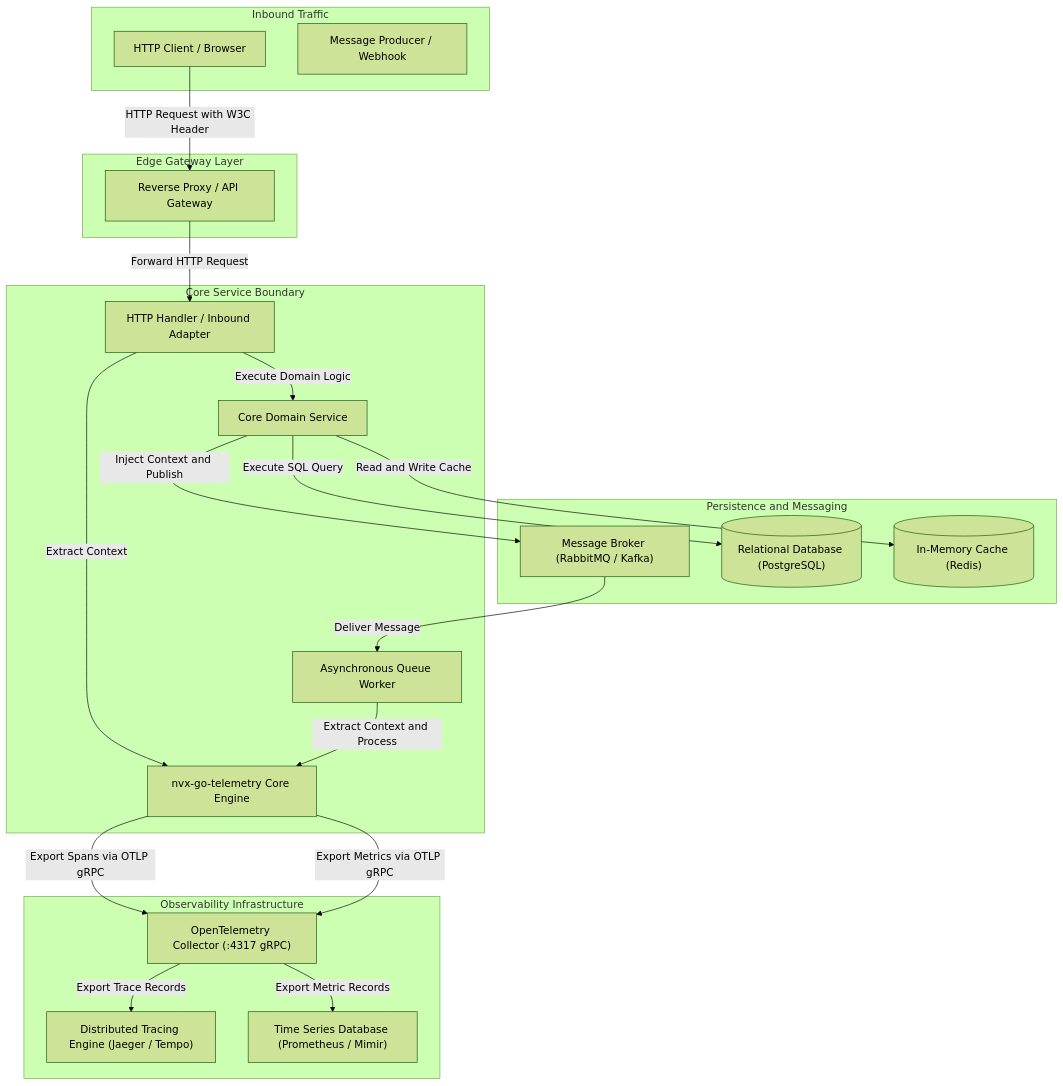
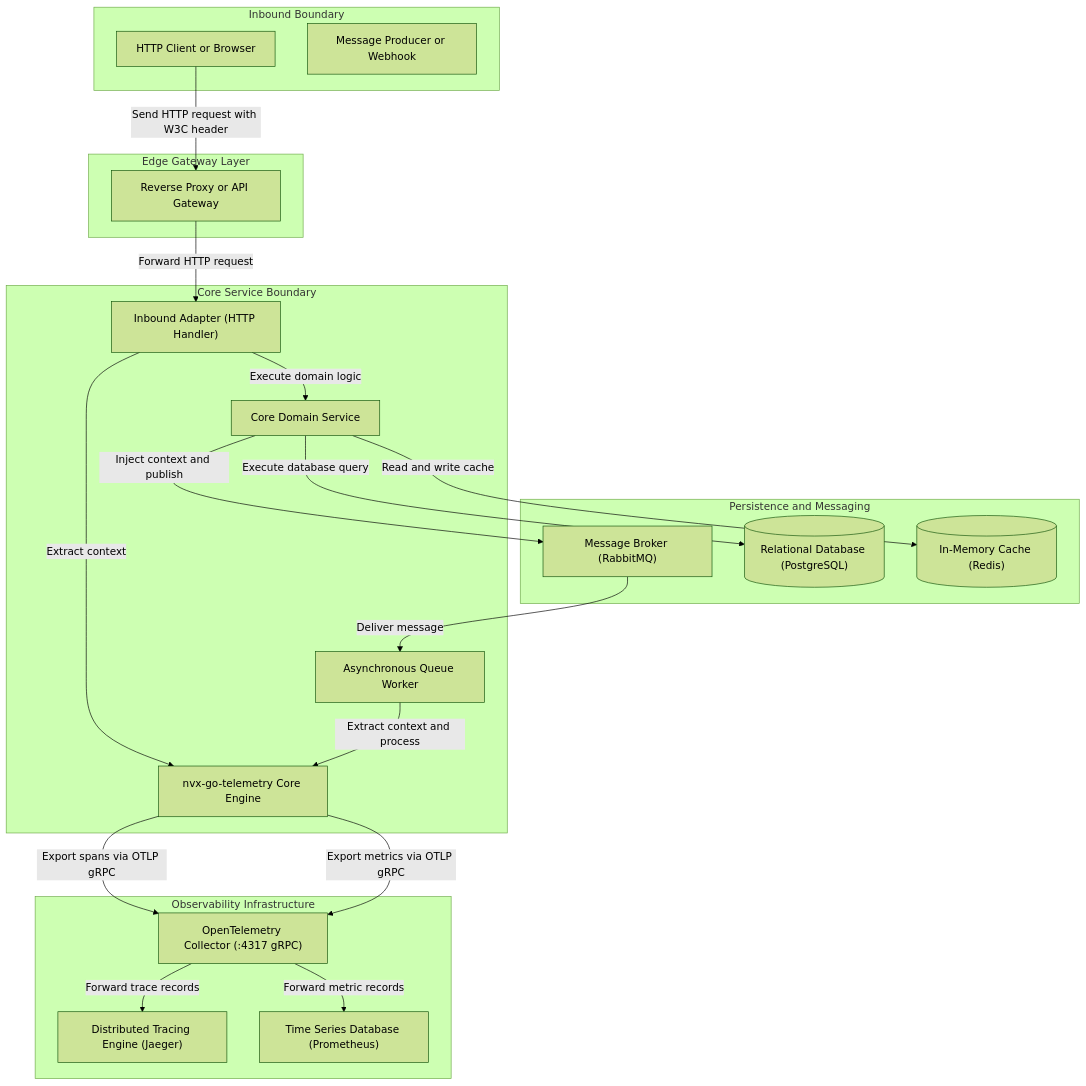
One commit to Jkenyut/nvx-go-telemetry changed the first of 4 diagrams in README.md. Above: the diagram before and after it, drawn with Mermaid (forest theme). The commit also changed other lines of this file and 14 other files, not shown here.

````diff
--- a/README.md
+++ b/README.md
@@ -18,45 +18,45 @@
 ```mermaid
 flowchart TD
-    subgraph InboundTraffic["Inbound Traffic"]
-        Client["HTTP Client / Browser"]
-        Producer["Message Producer / Webhook"]
+    subgraph INBOUND["Inbound Boundary"]
+        Client["HTTP Client or Browser"]
+        Producer["Message Producer or Webhook"]
     end
 
-    subgraph EdgeGateway["Edge Gateway Layer"]
-        Gateway["Reverse Proxy / API Gateway"]
+    subgraph EDGE["Edge Gateway Layer"]
+        Gateway["Reverse Proxy or API Gateway"]
     end
 
-    subgraph CoreServiceBoundary["Core Service Boundary"]
-        AppHandler["HTTP Handler / Inbound Adapter"]
+    subgraph CORE["Core Service Boundary"]
+        AppHandler["Inbound Adapter (HTTP Handler)"]
         TelemetryCore["nvx-go-telemetry Core Engine"]
         DomainService["Core Domain Service"]
         AsyncWorker["Asynchronous Queue Worker"]
     end
 
-    subgraph MessagingPersistence["Persistence and Messaging"]
-        Broker["Message Broker (RabbitMQ / Kafka)"]
+    subgraph STORAGE["Persistence and Messaging"]
+        Broker["Message Broker (RabbitMQ)"]
         Database[("Relational Database (PostgreSQL)")]
         Cache[("In-Memory Cache (Redis)")]
     end
 
-    subgraph ObservabilityLayer["Observability Infrastructure"]
+    subgraph OBSERVABILITY["Observability Infrastructure"]
         OtelCollector["OpenTelemetry Collector (:4317 gRPC)"]
-        TraceBackend["Distributed Tracing Engine (Jaeger / Tempo)"]
-        MetricBackend["Time Series Database (Prometheus / Mimir)"]
+        TraceBackend["Distributed Tracing Engine (Jaeger)"]
+        MetricBackend["Time Series Database (Prometheus)"]
     end
 
-    Client -->|HTTP Request with W3C Header| Gateway
-    Gateway -->|Forward HTTP Request| AppHandler
-    AppHandler -->|Extract Context| TelemetryCore
-    AppHandler -->|Execute Domain Logic| DomainService
-    DomainService -->|Read and Write Cache| Cache
-    DomainService -->|Execute SQL Query| Database
-    DomainService -->|Inject Context and Publish| Broker
-    Broker -->|Deliver Message| AsyncWorker
-    AsyncWorker -->|Extract Context and Process| TelemetryCore
+    Client -->|"Send HTTP request with W3C header"| Gateway
+    Gateway -->|"Forward HTTP request"| AppHandler
+    AppHandler -->|"Extract context"| TelemetryCore
+    AppHandler -->|"Execute domain logic"| DomainService
+    DomainService -->|"Read and write cache"| Cache
+    DomainService -->|"Execute database query"| Database
+    DomainService -->|"Inject context and publish"| Broker
+    Broker -->|"Deliver message"| AsyncWorker
+    AsyncWorker -->|"Extract context and process"| TelemetryCore
 
-    TelemetryCore -->|Export Spans via OTLP gRPC| OtelCollector
-    TelemetryCore -->|Export Metrics via OTLP gRPC| OtelCollector
-    OtelCollector -->|Export Trace Records| TraceBackend
-    OtelCollector -->|Export Metric Records| MetricBackend
+    TelemetryCore -->|"Export spans via OTLP gRPC"| OtelCollector
+    TelemetryCore -->|"Export metrics via OTLP gRPC"| OtelCollector
+    OtelCollector -->|"Forward trace records"| TraceBackend
+    OtelCollector -->|"Forward metric records"| MetricBackend
 ```
````
